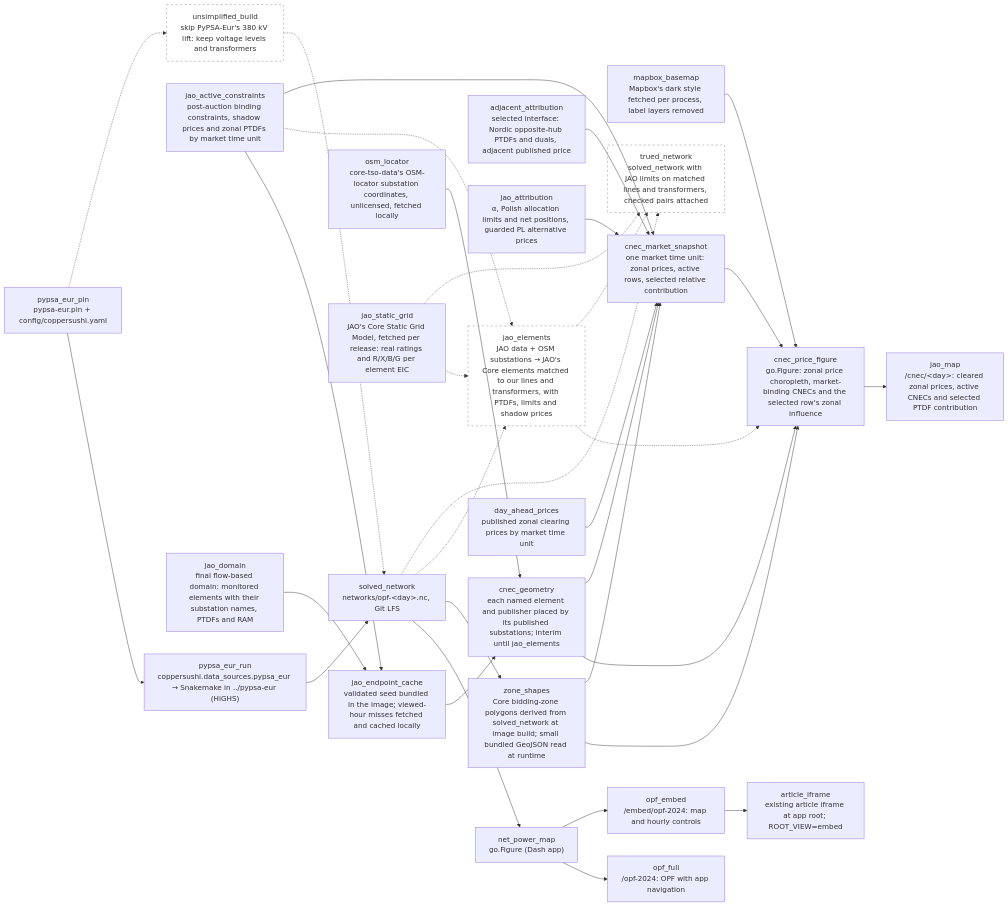
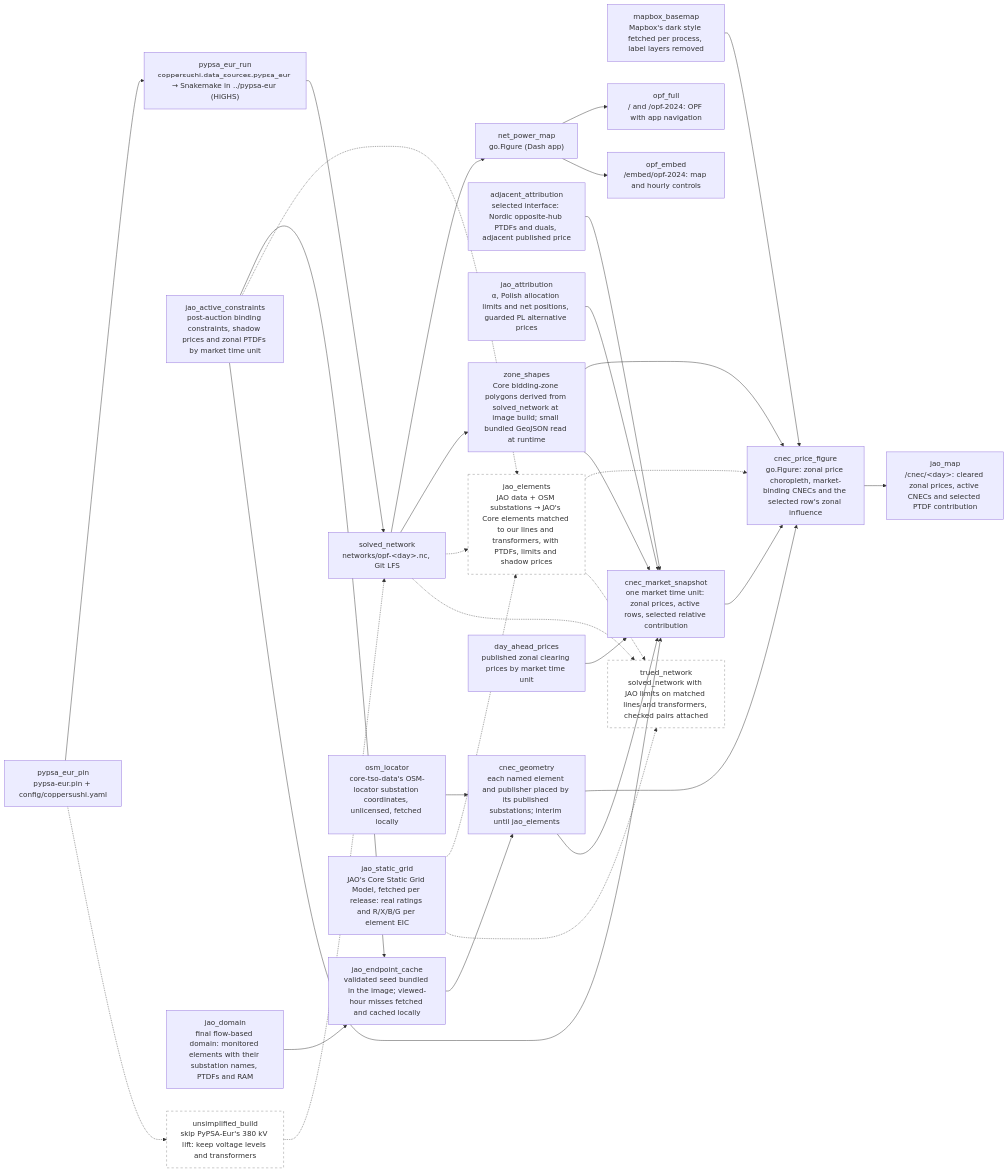
The diagram in wiki/sushi-2.md (zoltanmaric/coppersushi), drawn with Mermaid before and after one commit. The commit also changed other lines of this file and 2 other files, not shown here.

First line of the commit message:
Show both product links at the AWS root (#130)

````diff
--- a/wiki/sushi-2.md
+++ b/wiki/sushi-2.md
@@ -17,64 +17,62 @@
 ```mermaid
 flowchart LR
     classDef planned stroke-dasharray: 5 5,stroke:#888,fill:none
 
     net_power_map["net_power_map<br/>go.Figure (Dash app)"]
 
     pypsa_eur_pin["pypsa_eur_pin<br/>pypsa-eur.pin + config/coppersushi.yaml"]
     pypsa_eur_run["pypsa_eur_run<br/>coppersushi.data_sources.pypsa_eur → Snakemake in ../pypsa-eur (HiGHS)"]
     solved_network["solved_network<br/>networks/opf-&lt;day&gt;.nc, Git LFS"]
     jao_active_constraints["jao_active_constraints<br/>post-auction binding constraints, shadow prices and zonal PTDFs by market time unit"]
     adjacent_attribution["adjacent_attribution<br/>selected interface: Nordic opposite-hub PTDFs and duals, adjacent published price"]
     jao_attribution["jao_attribution<br/>α, Polish allocation limits and net positions, guarded PL alternative prices"]
     jao_domain["jao_domain<br/>final flow-based domain: monitored elements with their substation names, PTDFs and RAM"]
     jao_endpoint_cache["jao_endpoint_cache<br/>validated seed bundled in the image; viewed-hour misses fetched and cached locally"]
     osm_locator["osm_locator<br/>core-tso-data's OSM-locator substation coordinates, unlicensed, fetched locally"]
     cnec_geometry["cnec_geometry<br/>each named element and publisher placed by its published substations; interim until jao_elements"]
     zone_shapes["zone_shapes<br/>Core bidding-zone polygons derived from solved_network at image build; small bundled GeoJSON read at runtime"]
     mapbox_basemap["mapbox_basemap<br/>Mapbox's dark style fetched per process, label layers removed"]
 
     jao_static_grid["jao_static_grid<br/>JAO's Core Static Grid Model, fetched per release: real ratings and R/X/B/G per element EIC"]
 
     unsimplified["unsimplified_build<br/>skip PyPSA-Eur's 380 kV lift: keep voltage levels and transformers"]:::planned
     jao_elements["jao_elements<br/>JAO data + OSM substations → JAO's Core elements matched to our lines and transformers, with PTDFs, limits and shadow prices"]:::planned
     day_ahead_prices["day_ahead_prices<br/>published zonal clearing prices by market time unit"]
     cnec_market_snapshot["cnec_market_snapshot<br/>one market time unit: zonal prices, active rows, selected relative contribution"]
     cnec_price_figure["cnec_price_figure<br/>go.Figure: zonal price choropleth, market-binding CNECs and the selected row's zonal influence"]
     jao_map["jao_map<br/>/cnec/&lt;day&gt;: cleared zonal prices, active CNECs and selected PTDF contribution"]
     trued_network["trued_network<br/>solved_network with JAO limits on matched lines and transformers, checked pairs attached"]:::planned
 
     pypsa_eur_pin --> pypsa_eur_run
     pypsa_eur_pin -.-> unsimplified
     unsimplified -.-> solved_network
     pypsa_eur_run --> solved_network
-    opf_full["opf_full<br/>/opf-2024: OPF with app navigation"]
+    opf_full["opf_full<br/>/ and /opf-2024: OPF with app navigation"]
     opf_embed["opf_embed<br/>/embed/opf-2024: map and hourly controls"]
-    article_iframe["article_iframe<br/>existing article iframe at app root; ROOT_VIEW=embed"]
     net_power_map --> opf_full
     net_power_map --> opf_embed
-    opf_embed --> article_iframe
     solved_network --> net_power_map
     solved_network --> zone_shapes
     zone_shapes --> cnec_price_figure
     jao_domain --> jao_endpoint_cache
     jao_active_constraints --> jao_endpoint_cache
     jao_endpoint_cache --> cnec_geometry
     osm_locator --> cnec_geometry
     cnec_geometry --> cnec_price_figure
     mapbox_basemap --> cnec_price_figure
     solved_network -.-> jao_elements
     jao_static_grid -.-> jao_elements
     jao_static_grid -.-> trued_network
     jao_active_constraints -.-> jao_elements
     adjacent_attribution --> cnec_market_snapshot
     jao_attribution --> cnec_market_snapshot
     cnec_geometry --> cnec_market_snapshot
     zone_shapes --> cnec_market_snapshot
     jao_active_constraints --> cnec_market_snapshot
     day_ahead_prices --> cnec_market_snapshot
     jao_elements -.-> cnec_price_figure
     cnec_market_snapshot --> cnec_price_figure
     cnec_price_figure --> jao_map
     jao_elements -.-> trued_network
     solved_network -.-> trued_network
 ```
````
